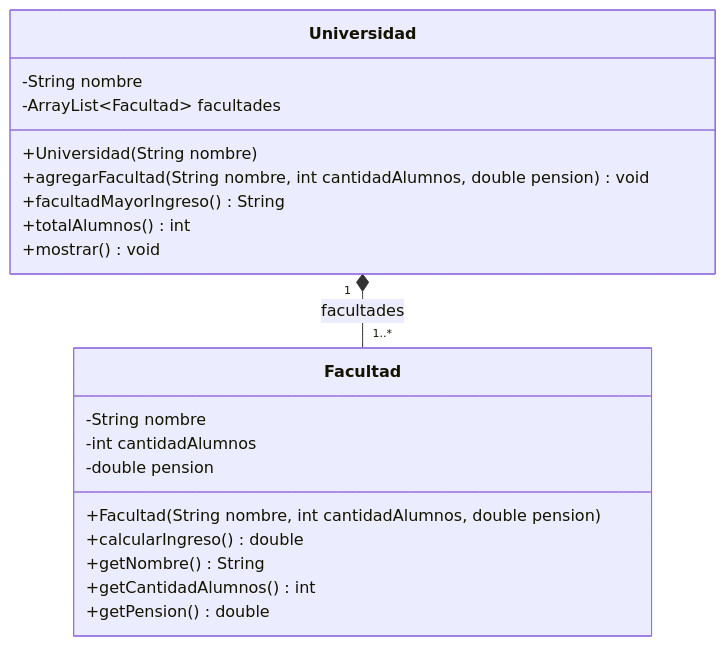
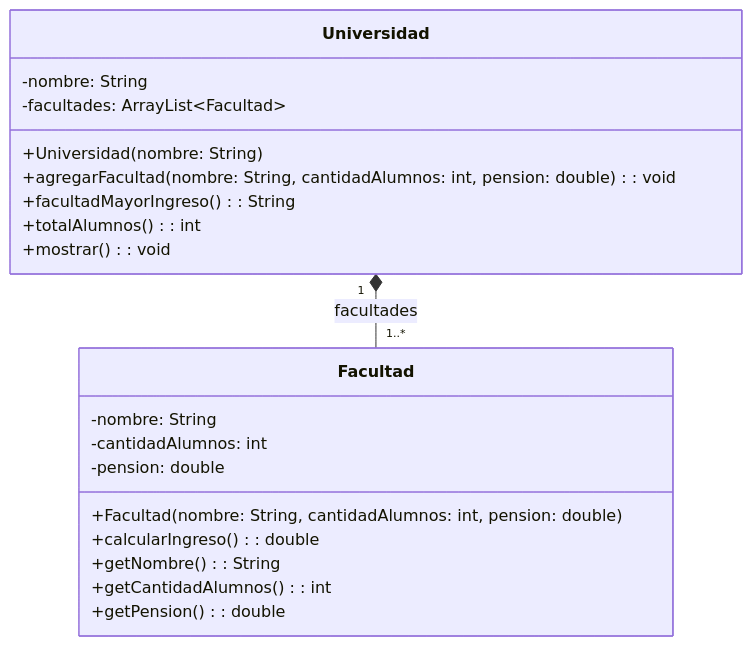
One commit to CursosProgramacionEP/USIL_SEMANA10 changed the ninth of 11 diagrams in README.md. Above: the diagram before and after it, drawn with Mermaid. The commit also changed other lines of this file and 1 other file, not shown here.

First line of the commit message:
Diagramas UML en notacion estandar (nombre: Tipo) en README y PRACTICAS_CLASE

````diff
--- a/README.md
+++ b/README.md
@@ -316,23 +316,23 @@
 ```mermaid
 classDiagram
     class Universidad {
-        -String nombre
-        -ArrayList~Facultad~ facultades
-        +Universidad(String nombre)
-        +agregarFacultad(String nombre, int cantidadAlumnos, double pension) void
-        +facultadMayorIngreso() String
-        +totalAlumnos() int
-        +mostrar() void
+        -nombre: String
+        -facultades: ArrayList~Facultad~
+        +Universidad(nombre: String)
+        +agregarFacultad(nombre: String, cantidadAlumnos: int, pension: double) : void
+        +facultadMayorIngreso() : String
+        +totalAlumnos() : int
+        +mostrar() : void
     }
     class Facultad {
-        -String nombre
-        -int cantidadAlumnos
-        -double pension
-        +Facultad(String nombre, int cantidadAlumnos, double pension)
-        +calcularIngreso() double
-        +getNombre() String
-        +getCantidadAlumnos() int
-        +getPension() double
+        -nombre: String
+        -cantidadAlumnos: int
+        -pension: double
+        +Facultad(nombre: String, cantidadAlumnos: int, pension: double)
+        +calcularIngreso() : double
+        +getNombre() : String
+        +getCantidadAlumnos() : int
+        +getPension() : double
     }
     Universidad "1" *-- "1..*" Facultad : facultades
 ```
````
